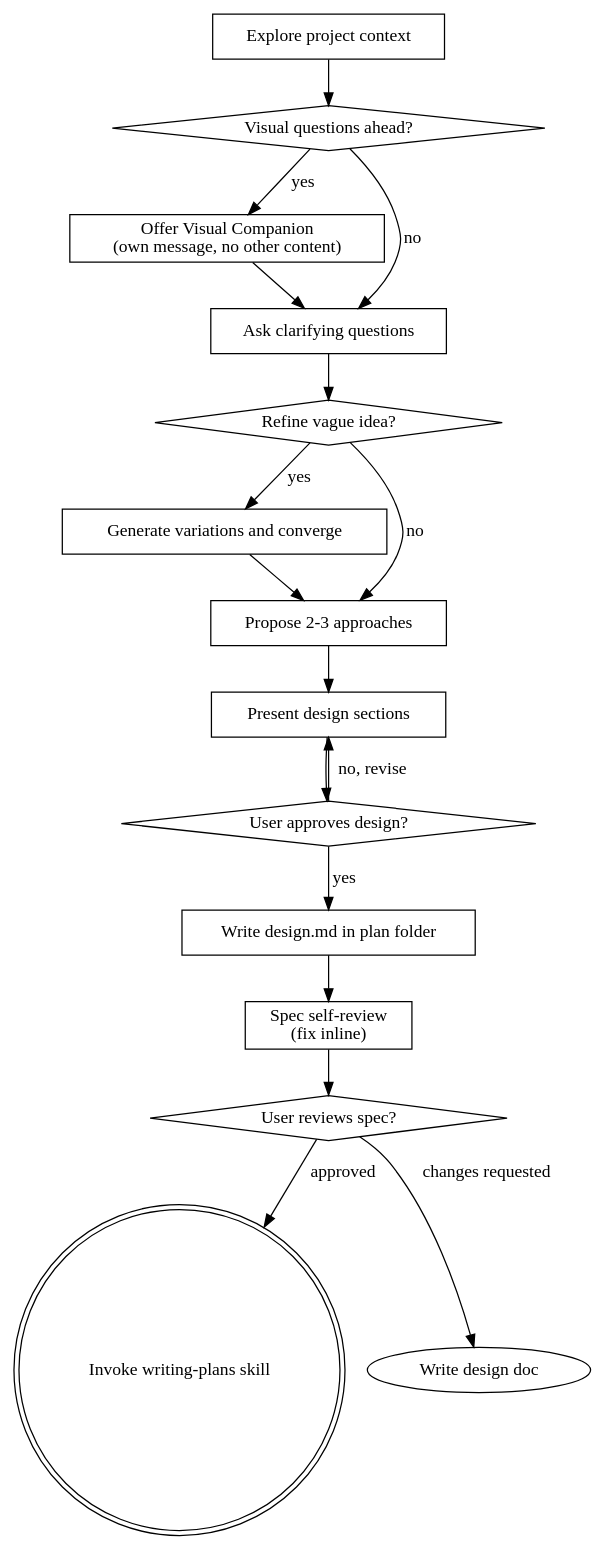
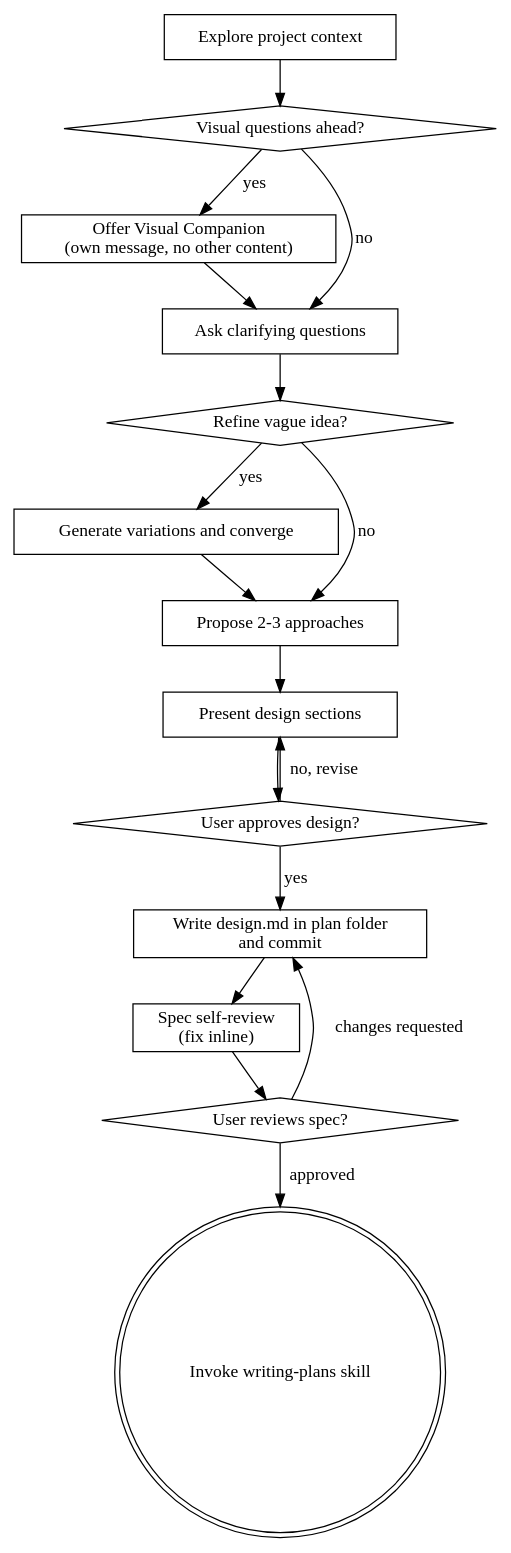
One commit to hiennguyen9874/pi-starter-kit changed the diagram in .pi/skills/brainstorming/SKILL.md. Above: the diagram before and after it, drawn with Graphviz. The commit also changed other lines of this file and 1 other file, not shown here.

Commit message:
refactor: prioritize repo exploration over user queries and enforce decision-complete design and planning documentation

````diff
--- a/.pi/skills/brainstorming/SKILL.md
+++ b/.pi/skills/brainstorming/SKILL.md
@@ -37,34 +37,34 @@
 ```dot
 digraph brainstorming {
     "Explore project context" [shape=box];
     "Visual questions ahead?" [shape=diamond];
     "Offer Visual Companion\n(own message, no other content)" [shape=box];
     "Ask clarifying questions" [shape=box];
     "Refine vague idea?" [shape=diamond];
     "Generate variations and converge" [shape=box];
     "Propose 2-3 approaches" [shape=box];
     "Present design sections" [shape=box];
     "User approves design?" [shape=diamond];
-    "Write design.md in plan folder" [shape=box];
+    "Write design.md in plan folder\nand commit" [shape=box];
     "Spec self-review\n(fix inline)" [shape=box];
     "User reviews spec?" [shape=diamond];
     "Invoke writing-plans skill" [shape=doublecircle];
 
     "Explore project context" -> "Visual questions ahead?";
     "Visual questions ahead?" -> "Offer Visual Companion\n(own message, no other content)" [label="yes"];
     "Visual questions ahead?" -> "Ask clarifying questions" [label="no"];
     "Offer Visual Companion\n(own message, no other content)" -> "Ask clarifying questions";
     "Ask clarifying questions" -> "Refine vague idea?";
     "Refine vague idea?" -> "Generate variations and converge" [label="yes"];
     "Refine vague idea?" -> "Propose 2-3 approaches" [label="no"];
     "Generate variations and converge" -> "Propose 2-3 approaches";
     "Propose 2-3 approaches" -> "Present design sections";
     "Present design sections" -> "User approves design?";
     "User approves design?" -> "Present design sections" [label="no, revise"];
-    "User approves design?" -> "Write design.md in plan folder" [label="yes"];
-    "Write design.md in plan folder" -> "Spec self-review\n(fix inline)";
+    "User approves design?" -> "Write design.md in plan folder\nand commit" [label="yes"];
+    "Write design.md in plan folder\nand commit" -> "Spec self-review\n(fix inline)";
     "Spec self-review\n(fix inline)" -> "User reviews spec?";
-    "User reviews spec?" -> "Write design doc" [label="changes requested"];
+    "User reviews spec?" -> "Write design.md in plan folder\nand commit" [label="changes requested"];
     "User reviews spec?" -> "Invoke writing-plans skill" [label="approved"];
 }
 ```
````
